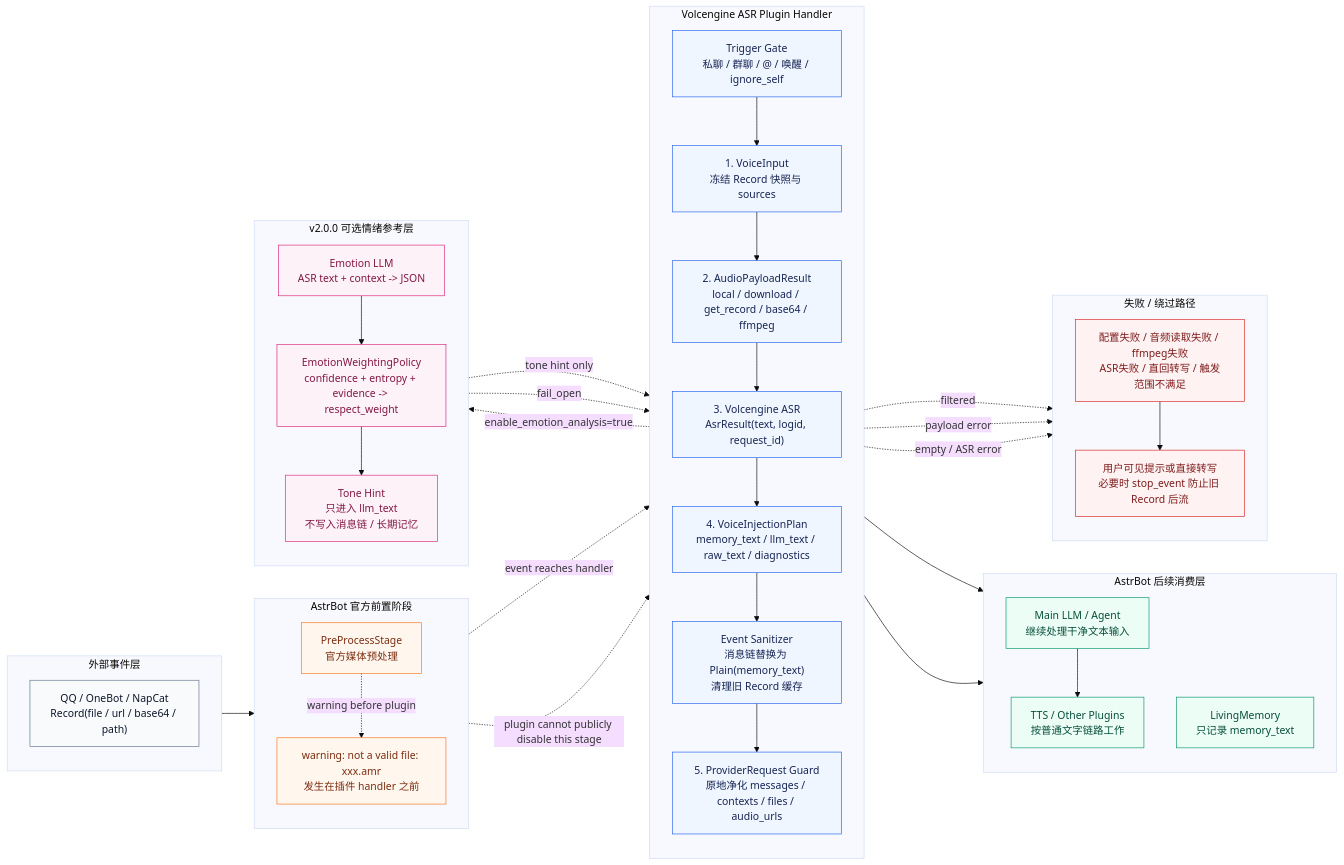
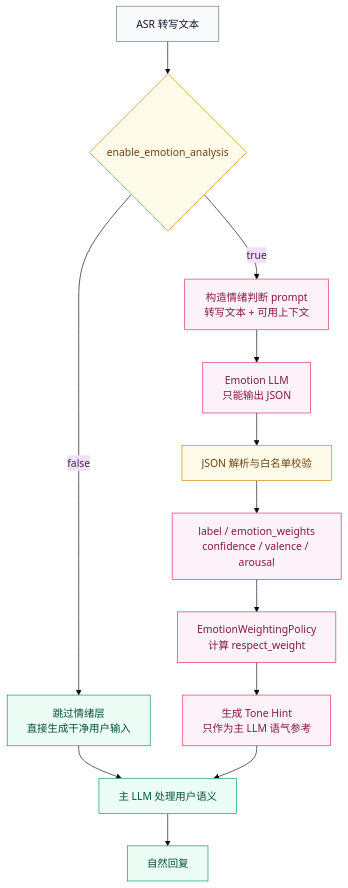
The second of 2 diagrams in README.md (Ayleovelle/astrbot_plugin_volcengine_asr), drawn with Mermaid (base theme) before and after one commit. The commit also changed other lines of this file and 7 other files, not shown here.

````diff
--- a/README.md
+++ b/README.md
@@ -752,77 +330,24 @@
 ```mermaid
-flowchart LR
-  classDef external fill:#f8fafc,stroke:#64748b,color:#0f172a
-  classDef official fill:#fff7ed,stroke:#f97316,color:#7c2d12
-  classDef plugin fill:#eff6ff,stroke:#2563eb,color:#172554
+flowchart TB
+  classDef input fill:#f8fafc,stroke:#64748b,color:#0f172a
   classDef emotion fill:#fdf2f8,stroke:#db2777,color:#831843
-  classDef guard fill:#fef2f2,stroke:#dc2626,color:#7f1d1d
-  classDef downstream fill:#ecfdf5,stroke:#059669,color:#064e3b
+  classDef guard fill:#fefce8,stroke:#ca8a04,color:#713f12
+  classDef output fill:#ecfdf5,stroke:#059669,color:#064e3b
 
-  subgraph EXT["外部事件层"]
-    direction TB
-    A["QQ / OneBot / NapCat<br/>Record(file / url / base64 / path)"]
-  end
+  A["ASR 转写文本"] --> B{"enable_emotion_analysis"}
+  B -- "false" --> C["跳过情绪层<br/>直接生成干净用户输入"]
+  B -- "true" --> D["构造情绪判断 prompt<br/>转写文本 + 可用上下文"]
+  D --> E["Emotion LLM<br/>只能输出 JSON"]
+  E --> F["JSON 解析与白名单校验"]
+  F --> G["label / emotion_weights<br/>confidence / valence / arousal"]
+  G --> H["EmotionWeightingPolicy<br/>计算 respect_weight"]
+  H --> I["生成 Tone Hint<br/>只作为主 LLM 语气参考"]
+  C --> J["主 LLM 处理用户语义"]
+  I --> J
+  J --> K["自然回复"]
 
-  subgraph PRE["AstrBot 官方前置阶段"]
-    direction TB
-    B["PreProcessStage<br/>官方媒体预处理"]
-    B1["warning: not a valid file: xxx.amr<br/>发生在插件 handler 之前"]
-  end
-
-  subgraph CORE["Volcengine ASR Plugin Handler"]
-    direction TB
-    C["Trigger Gate<br/>私聊 / 群聊 / @ / 唤醒 / ignore_self"]
-    D["1. VoiceInput<br/>冻结 Record 快照与 sources"]
-    E["2. AudioPayloadResult<br/>local / download / get_record / base64 / ffmpeg"]
-    F["3. Volcengine ASR<br/>AsrResult(text, logid, request_id)"]
-    G["4. VoiceInjectionPlan<br/>memory_text / llm_text / raw_text / diagnostics"]
-    H["Event Sanitizer<br/>消息链替换为 Plain(memory_text)<br/>清理旧 Record 缓存"]
-    I["5. ProviderRequest Guard<br/>原地净化 messages / contexts / files / audio_urls"]
-  end
-
-  subgraph EMO["v2.0.0 可选情绪参考层"]
-    direction TB
-    X["Emotion LLM<br/>ASR text + context -> JSON"]
-    Y["EmotionWeightingPolicy<br/>confidence + entropy + evidence -> respect_weight"]
-    Z["Tone Hint<br/>只进入 llm_text<br/>不写入消息链 / 长期记忆"]
-  end
-
-  subgraph DOWN["AstrBot 后续消费层"]
-    direction TB
-    J["Main LLM / Agent<br/>继续处理干净文本输入"]
-    K["LivingMemory<br/>只记录 memory_text"]
-    L["TTS / Other Plugins<br/>按普通文字链路工作"]
-  end
-
-  subgraph FAIL["失败 / 绕过路径"]
-    direction TB
-    M["配置失败 / 音频读取失败 / ffmpeg失败<br/>ASR失败 / 直回转写 / 触发范围不满足"]
-    N["用户可见提示或直接转写<br/>必要时 stop_event 防止旧 Record 后流"]
-  end
-
-  A --> B
-  B -. "event reaches handler" .-> C
-  B -. "warning before plugin" .-> B1
-  B1 -. "plugin cannot publicly disable this stage" .-> C
-
-  C --> D --> E --> F --> G --> H --> I --> J --> L
-  H --> K
-
-  F -. "enable_emotion_analysis=true" .-> X
-  X --> Y
-  Y --> Z
-  Z -. "tone hint only" .-> G
-  X -. "fail_open" .-> G
-
-  C -. "filtered" .-> M
-  E -. "payload error" .-> M
-  F -. "empty / ASR error" .-> M
-  M --> N
-
-  class A external
-  class B,B1 official
-  class C,D,E,F,G,H,I plugin
-  class X,Y,Z emotion
-  class M,N guard
-  class J,K,L downstream
+  class A input
+  class B,F guard
+  class D,E,G,H,I emotion
+  class C,J,K output
 ```
````
